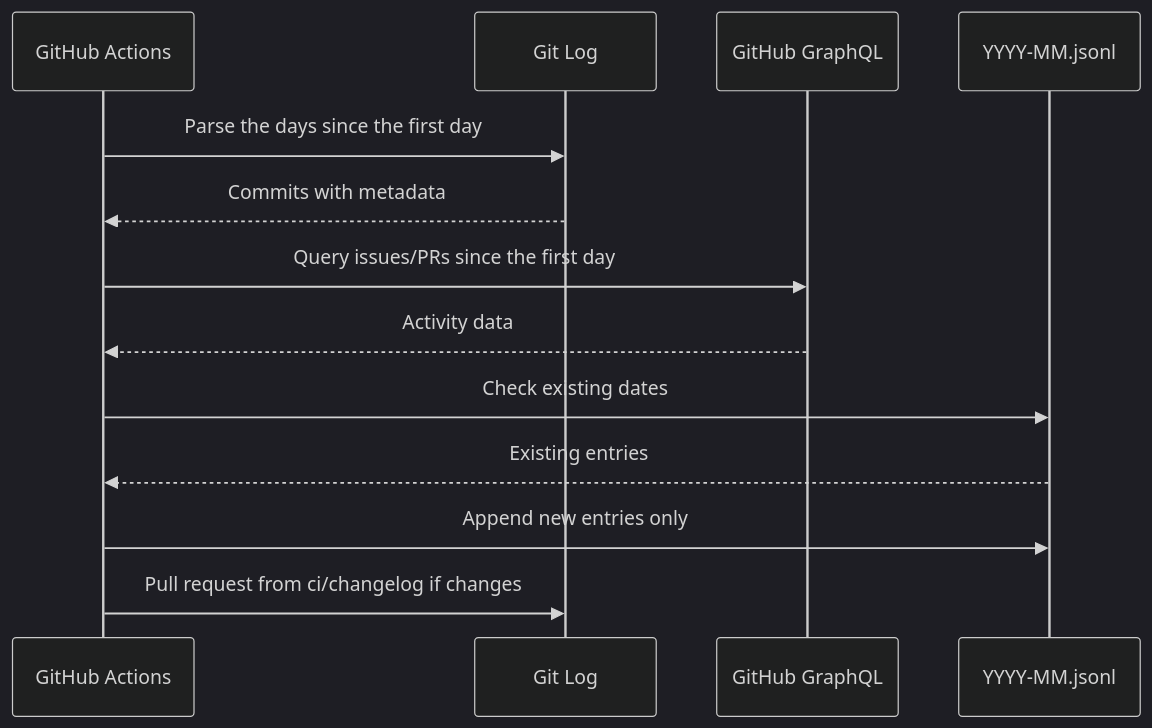
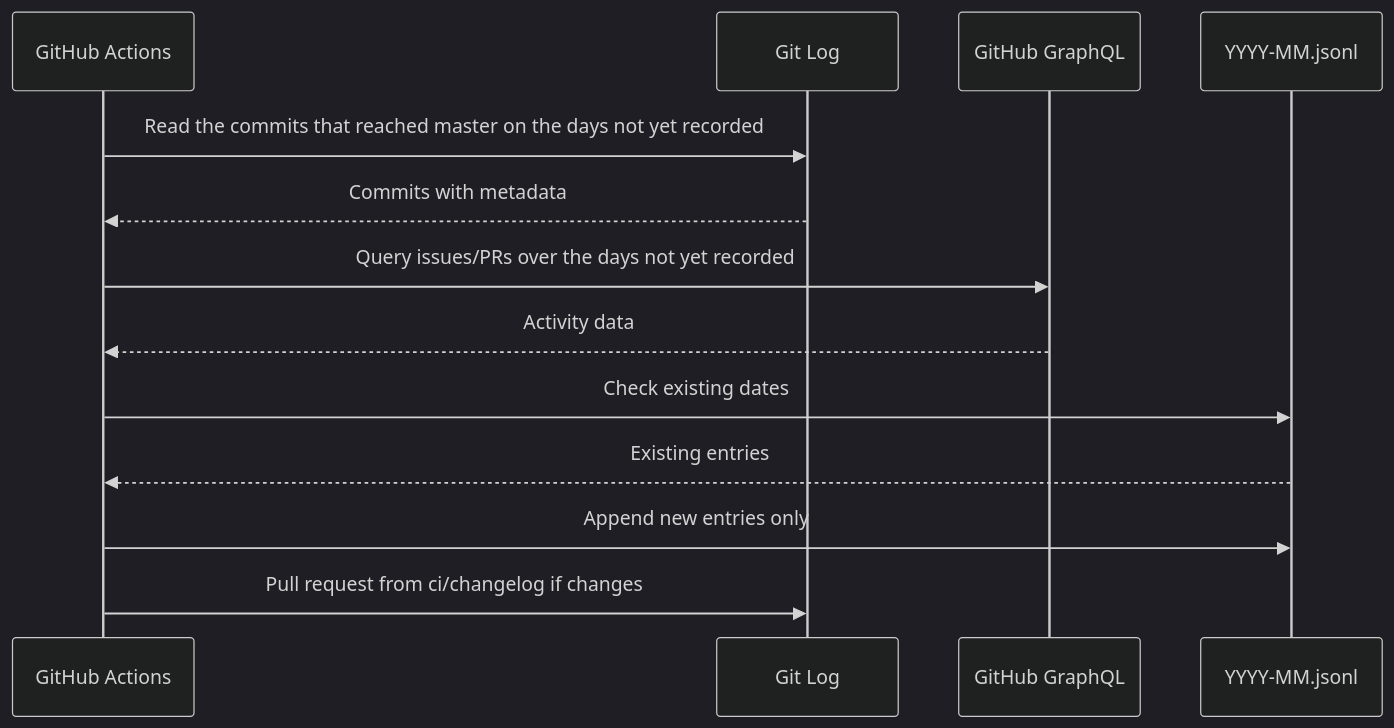
Before and after one commit to framerslab/codex: the second of 2 diagrams in codex-history/README.md, drawn with Mermaid (dark theme). The commit also changed other lines of this file and 2 other files, not shown here.

Commit message:
docs: the changelog records complete days, in UTC, from the day after the last one recorded, each commit on the day it reached master, and the activity over the span from where the last one ended, read page by page, each item once

````diff
--- a/codex-history/README.md
+++ b/codex-history/README.md
@@ -44,16 +44,16 @@
 ```mermaid
 sequenceDiagram
     participant GHA as GitHub Actions
     participant Git as Git Log
     participant API as GitHub GraphQL
     participant File as YYYY-MM.jsonl
     
-    GHA->>Git: Parse the days since the first day
+    GHA->>Git: Read the commits that reached master on the days not yet recorded
     Git-->>GHA: Commits with metadata
-    GHA->>API: Query issues/PRs since the first day
+    GHA->>API: Query issues/PRs over the days not yet recorded
     API-->>GHA: Activity data
     GHA->>File: Check existing dates
     File-->>GHA: Existing entries
     GHA->>File: Append new entries only
     GHA->>Git: Pull request from ci/changelog if changes
 ```
````
